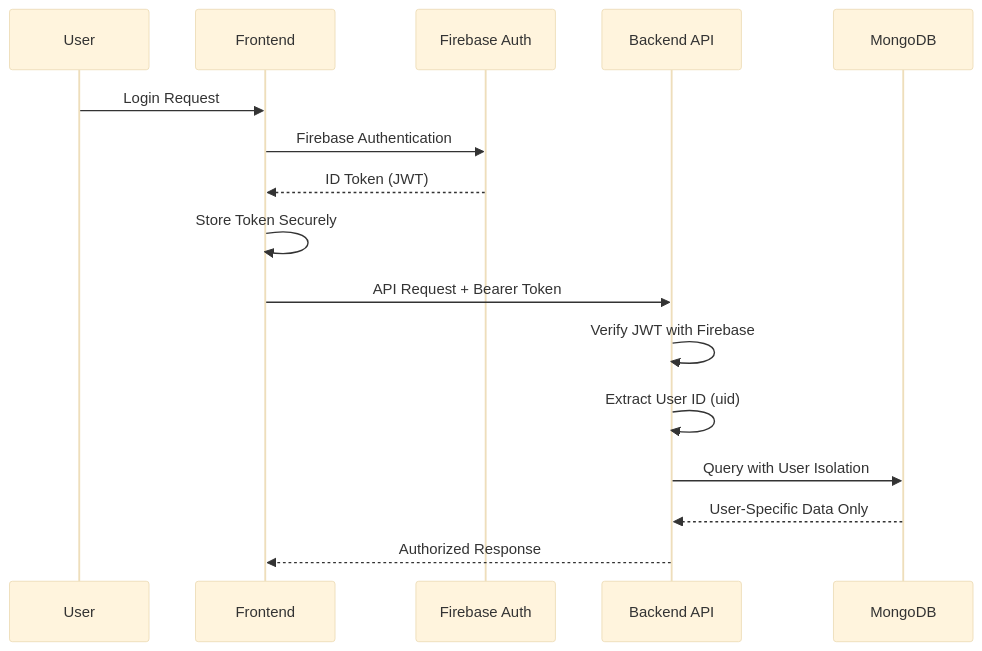
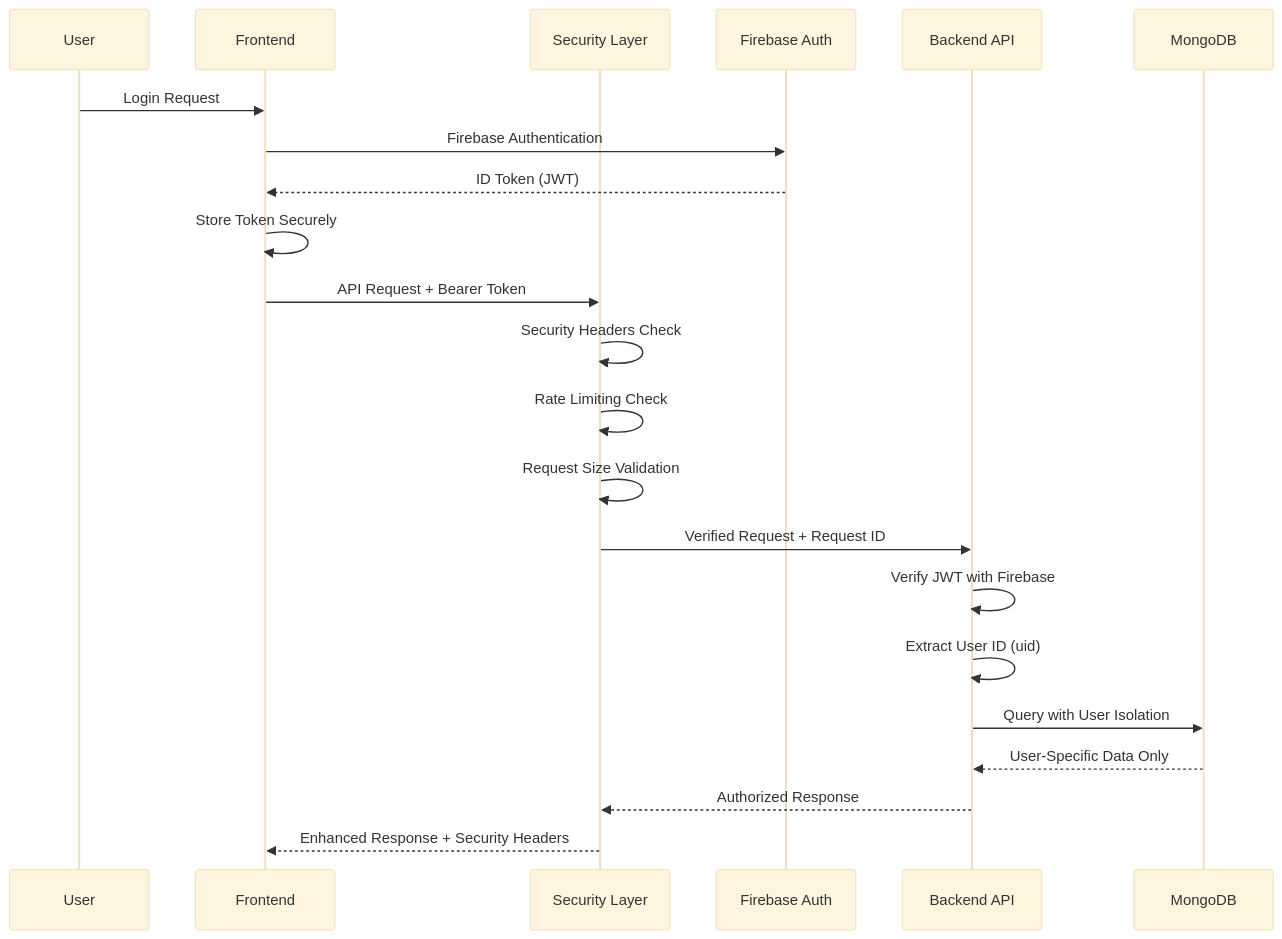
Before and after one commit to GoldenRodger5/nutrivize: the diagram in docs/SECURITY_AUTH.md, drawn with Mermaid (base theme). The commit also changed other lines of this file and 90 other files, not shown here.

````diff
--- a/docs/SECURITY_AUTH.md
+++ b/docs/SECURITY_AUTH.md
@@ -21,20 +22,27 @@
 ```mermaid
 sequenceDiagram
     participant U as User
     participant FE as Frontend
+    participant SEC as Security Layer
     participant FB as Firebase Auth
     participant BE as Backend API
     participant DB as MongoDB
 
     U->>FE: Login Request
     FE->>FB: Firebase Authentication
     FB-->>FE: ID Token (JWT)
     FE->>FE: Store Token Securely
     
-    FE->>BE: API Request + Bearer Token
+    FE->>SEC: API Request + Bearer Token
+    SEC->>SEC: Security Headers Check
+    SEC->>SEC: Rate Limiting Check
+    SEC->>SEC: Request Size Validation
+    
+    SEC->>BE: Verified Request + Request ID
     BE->>BE: Verify JWT with Firebase
     BE->>BE: Extract User ID (uid)
     BE->>DB: Query with User Isolation
     DB-->>BE: User-Specific Data Only
-    BE-->>FE: Authorized Response
+    BE-->>SEC: Authorized Response
+    SEC-->>FE: Enhanced Response + Security Headers
 ```
````
